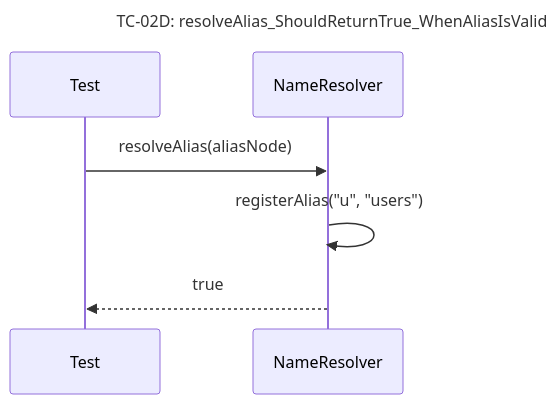
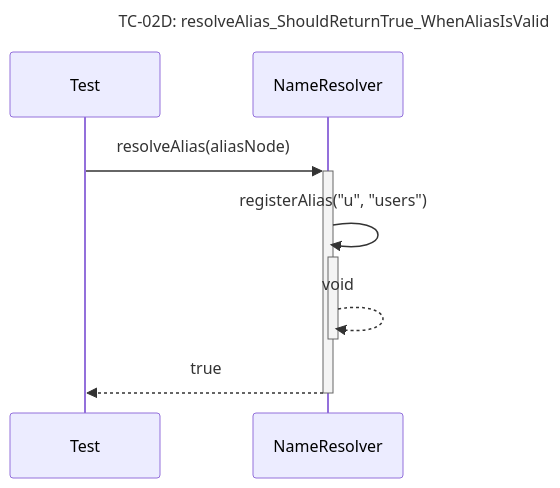
The tenth of 30 diagrams in docs/unit_test/query_prossor/SequeceTestCase.md (Dikhang1112/Database_Management_BBV), drawn with Mermaid before and after one commit. The commit also changed other lines of this file and 12 other files, not shown here.

Commit message:
Refactor sequece diagram

````diff
--- a/docs/unit_test/query_prossor/SequeceTestCase.md
+++ b/docs/unit_test/query_prossor/SequeceTestCase.md
@@ -151,10 +152,11 @@
 ```mermaid
 sequenceDiagram
     title TC-02D: resolveAlias_ShouldReturnTrue_WhenAliasIsValid
     participant Test
     participant NameResolver
 
-    Test->>NameResolver: resolveAlias(aliasNode)
-    NameResolver->>NameResolver: registerAlias("u", "users")
-    NameResolver-->>Test: true
+    Test->>+NameResolver: resolveAlias(aliasNode)
+    NameResolver->>+NameResolver: registerAlias("u", "users")
+    NameResolver-->>-NameResolver: void
+    NameResolver-->>-Test: true
 ```
````
